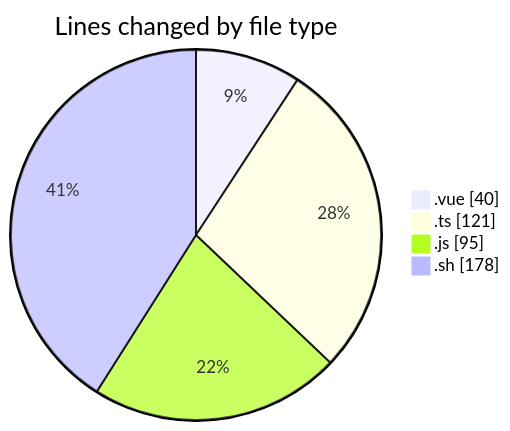
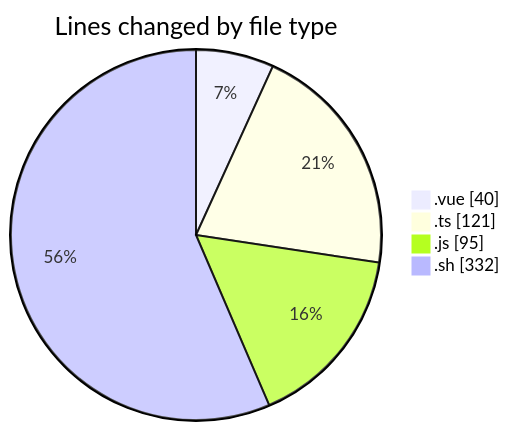
One commit to lephambinh05/code-tracking changed the first of 2 diagrams in 2025-08-19/rentotp/README.md. Above: the diagram before and after it, drawn with Mermaid. The commit also changed other lines of this file and 1 other file, not shown here.

````diff
--- a/2025-08-19/rentotp/README.md
+++ b/2025-08-19/rentotp/README.md
@@ -28,8 +29,8 @@
 ```mermaid
 pie showData
 title Lines changed by file type
 ".vue" : 40
 ".ts" : 121
 ".js" : 95
-".sh" : 178
+".sh" : 332
 ```
````
